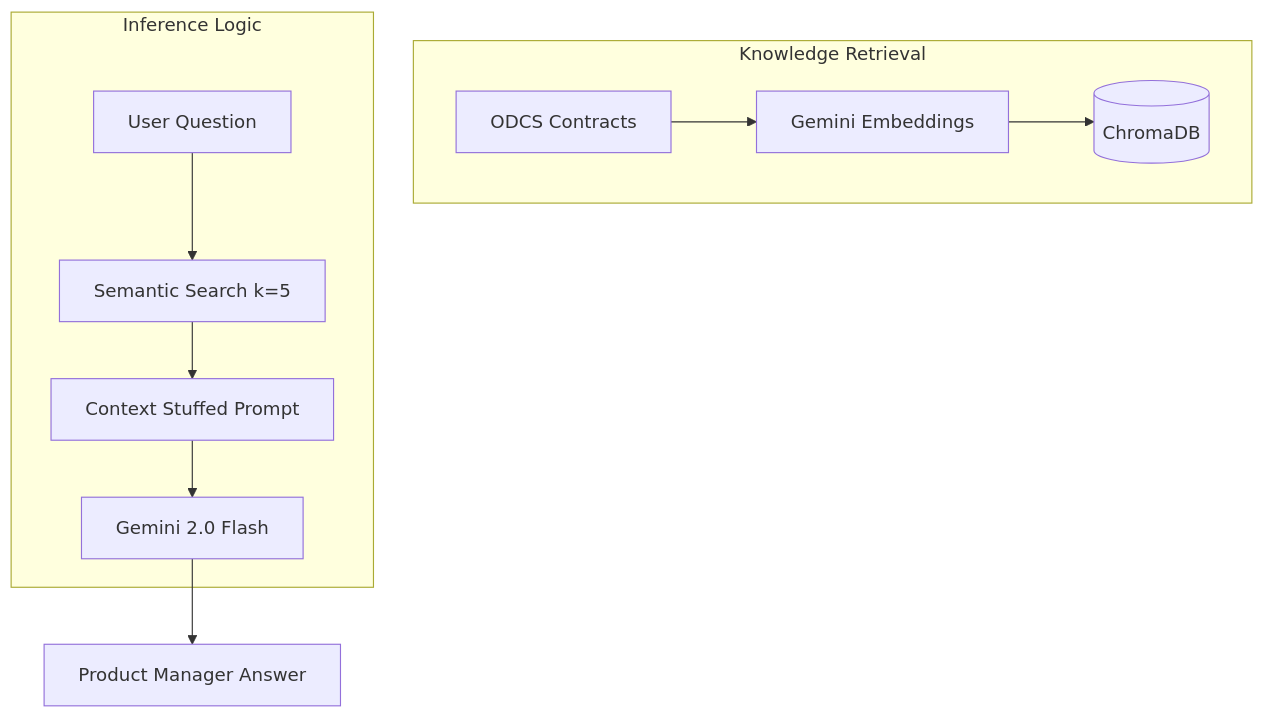
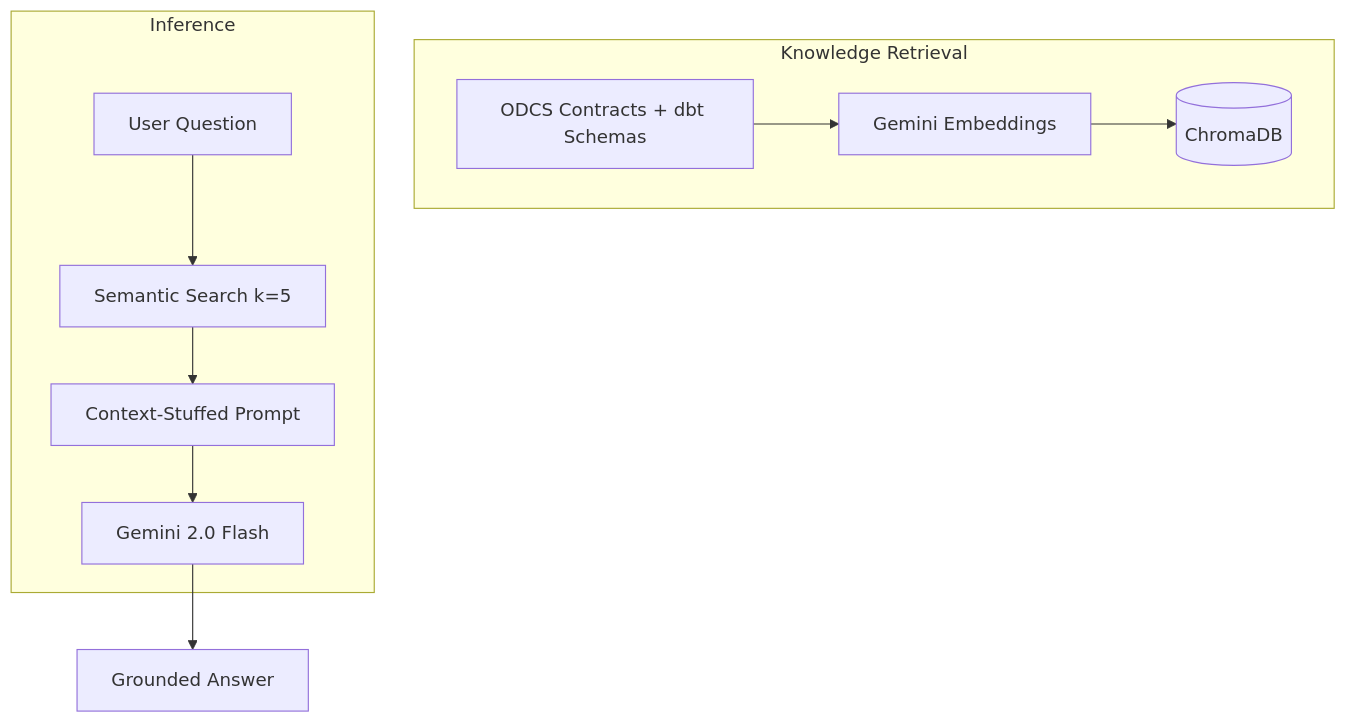
The second of 2 diagrams in README.md (Chugh-Gourav/deftunes_data_engineering_rag_capstone), drawn with Mermaid before and after one commit. The commit also changed other lines of this file and 3 other files, not shown here.

````diff
--- a/README.md
+++ b/README.md
@@ -46,15 +51,15 @@
 ```mermaid
 flowchart TD
     subgraph "Knowledge Retrieval"
-        A[ODCS Contracts] --> B[Gemini Embeddings]
+        A[ODCS Contracts + dbt Schemas] --> B[Gemini Embeddings]
         B --> C[(ChromaDB)]
     end
     
-    subgraph "Inference Logic"
+    subgraph "Inference"
         D[User Question] --> E[Semantic Search k=5]
-        E --> F[Context Stuffed Prompt]
+        E --> F[Context-Stuffed Prompt]
         F --> G[Gemini 2.0 Flash]
     end
     
-    G --> H[Product Manager Answer]
+    G --> H[Grounded Answer]
 ```
````
